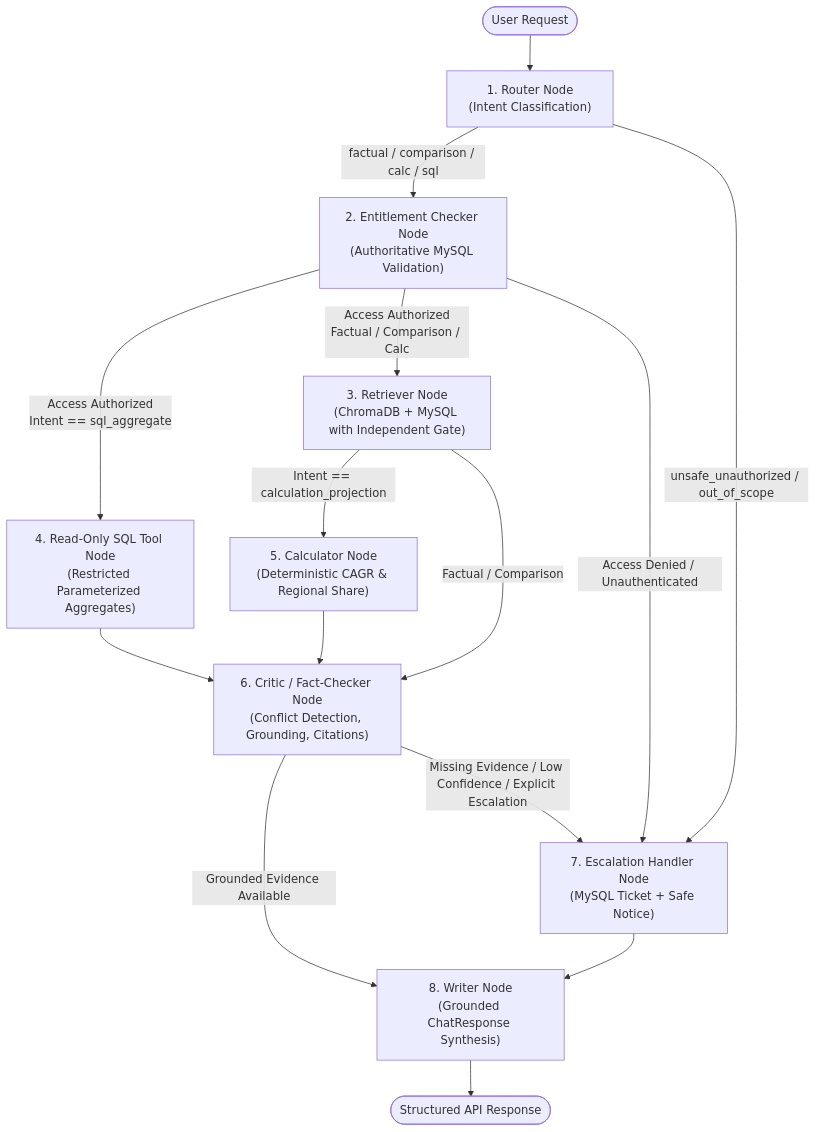
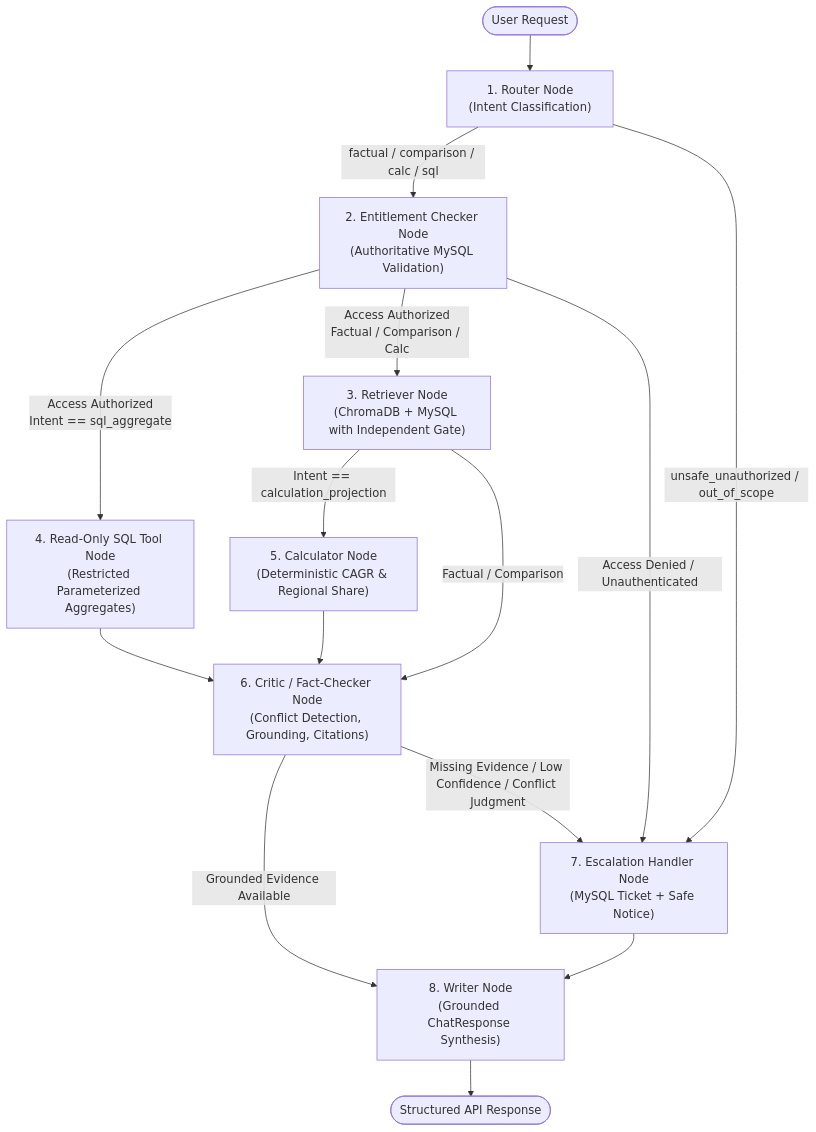
One commit to gargdhruv020/Project-Atlass changed the second of 3 diagrams in docs/architecture.md. Above: the diagram before and after it, drawn with Mermaid. The commit also changed other lines of this file and 4 other files, not shown here.

````diff
--- a/docs/architecture.md
+++ b/docs/architecture.md
@@ -94,23 +83,23 @@
 ```mermaid
 flowchart TD
     Start([User Request]) --> RouterNode["1. Router Node\n(Intent Classification)"]
     
     RouterNode -->|factual / comparison / calc / sql| EntitlementsNode["2. Entitlement Checker Node\n(Authoritative MySQL Validation)"]
     RouterNode -->|unsafe_unauthorized / out_of_scope| EscalationNode["7. Escalation Handler Node\n(MySQL Ticket + Safe Notice)"]
     
     EntitlementsNode -->|Access Authorized\nIntent == sql_aggregate| SQLToolNode["4. Read-Only SQL Tool Node\n(Restricted Parameterized Aggregates)"]
     EntitlementsNode -->|Access Authorized\nFactual / Comparison / Calc| RetrieverNode["3. Retriever Node\n(ChromaDB + MySQL with Independent Gate)"]
     EntitlementsNode -->|Access Denied / Unauthenticated| EscalationNode
     
     RetrieverNode -->|Intent == calculation_projection| CalculatorNode["5. Calculator Node\n(Deterministic CAGR & Regional Share)"]
     RetrieverNode -->|Factual / Comparison| CriticNode["6. Critic / Fact-Checker Node\n(Conflict Detection, Grounding, Citations)"]
     
     SQLToolNode --> CriticNode
     CalculatorNode --> CriticNode
     
     CriticNode -->|Grounded Evidence Available| WriterNode["8. Writer Node\n(Grounded ChatResponse Synthesis)"]
-    CriticNode -->|Missing Evidence / Low Confidence / Explicit Escalation| EscalationNode
+    CriticNode -->|Missing Evidence / Low Confidence / Conflict Judgment| EscalationNode
     
     EscalationNode --> WriterNode
     WriterNode --> EndNode([Structured API Response])
 ```
````
